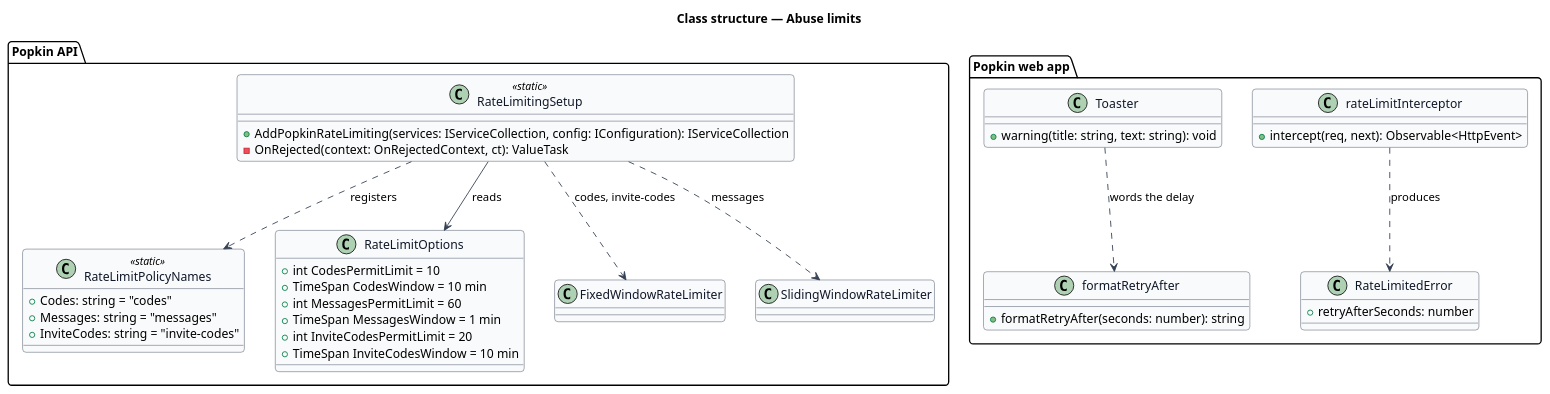
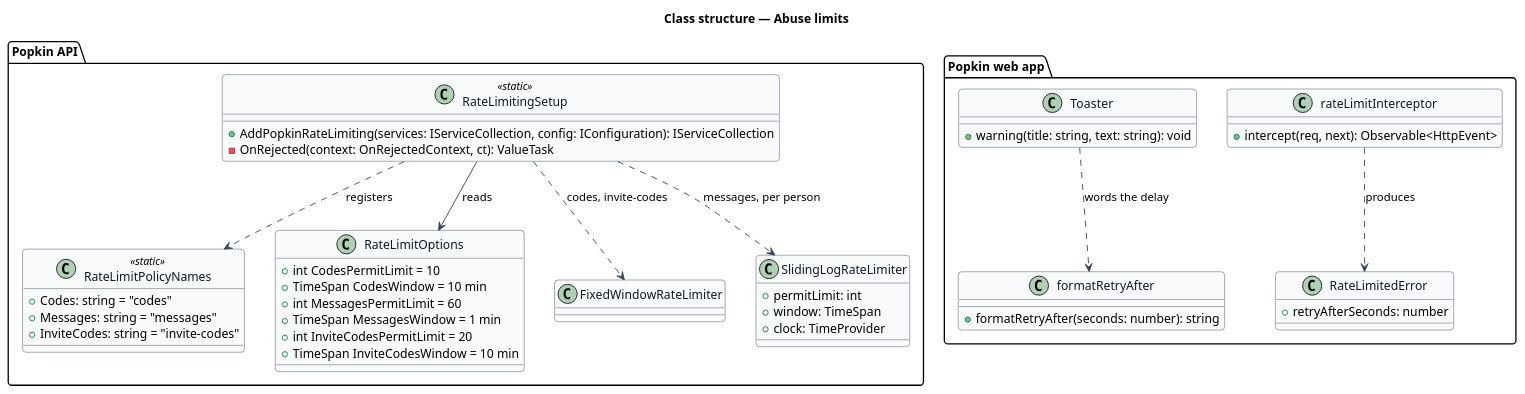
One commit to QuinntyneBrown/popkin changed the diagram in docs/detailed-designs/security/abuse-limits/diagrams/class-structure.puml. Above: the diagram before and after it, drawn with PlantUML. The commit also changed 54 other files, not shown here.

```diff
--- a/docs/detailed-designs/security/abuse-limits/diagrams/class-structure.puml
+++ b/docs/detailed-designs/security/abuse-limits/diagrams/class-structure.puml
@@ -1,55 +1,59 @@
 @startuml
 skinparam backgroundColor #FFFFFF
 skinparam shadowing false
 skinparam roundcorner 8
 skinparam defaultFontName Arial
 skinparam ArrowColor #344054
 skinparam class {
   BorderColor #344054
   FontColor #101828
   BackgroundColor #F9FAFB
 }
 title Class structure — Abuse limits
 
 package "Popkin API" {
   class RateLimitPolicyNames <<static>> {
     +Codes: string = "codes"
     +Messages: string = "messages"
     +InviteCodes: string = "invite-codes"
   }
   class RateLimitingSetup <<static>> {
     +AddPopkinRateLimiting(services: IServiceCollection, config: IConfiguration): IServiceCollection
     -OnRejected(context: OnRejectedContext, ct): ValueTask
   }
   class RateLimitOptions {
     +int CodesPermitLimit = 10
     +TimeSpan CodesWindow = 10 min
     +int MessagesPermitLimit = 60
     +TimeSpan MessagesWindow = 1 min
     +int InviteCodesPermitLimit = 20
     +TimeSpan InviteCodesWindow = 10 min
   }
   class FixedWindowRateLimiter
-  class SlidingWindowRateLimiter
+  class SlidingLogRateLimiter {
+    +permitLimit: int
+    +window: TimeSpan
+    +clock: TimeProvider
+  }
 }
 package "Popkin web app" {
   class RateLimitedError {
     +retryAfterSeconds: number
   }
   class "rateLimitInterceptor" as icpt {
     +intercept(req, next): Observable<HttpEvent>
   }
   class "formatRetryAfter" as fmt {
     +formatRetryAfter(seconds: number): string
   }
   class Toaster {
     +warning(title: string, text: string): void
   }
 }
 RateLimitingSetup --> RateLimitOptions : reads
 RateLimitingSetup ..> RateLimitPolicyNames : registers
 RateLimitingSetup ..> FixedWindowRateLimiter : codes, invite-codes
-RateLimitingSetup ..> SlidingWindowRateLimiter : messages
+RateLimitingSetup ..> SlidingLogRateLimiter : messages, per person
 icpt ..> RateLimitedError : produces
 Toaster ..> fmt : words the delay
 @enduml
```
